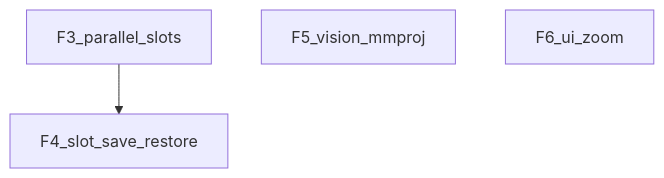
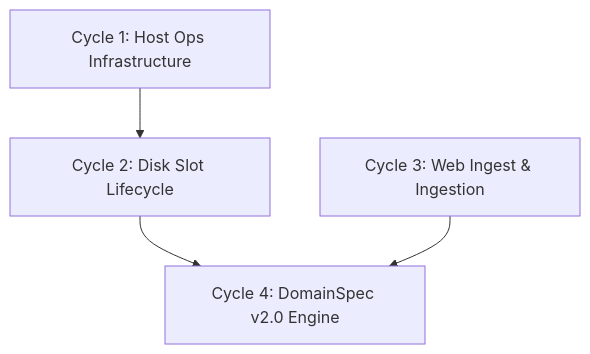
One commit to anarcoiris/Tiny-Steward changed the diagram in plans/fuera-de-alcance.md. Above: the diagram before and after it, drawn with Mermaid. The commit also changed other lines of this file and 39 other files, not shown here.

````diff
--- a/plans/fuera-de-alcance.md
+++ b/plans/fuera-de-alcance.md
@@ -53,10 +33,11 @@
 ```mermaid
 flowchart TD
-  f3[F3_parallel_slots]
-  f4[F4_slot_save_restore]
-  f5[F5_vision_mmproj]
-  f6[F6_ui_zoom]
-  f3 --> f4
-  f5
-  f6
+    cycle1[Cycle 1: Host Ops Infrastructure]
+    cycle2[Cycle 2: Disk Slot Lifecycle]
+    cycle3[Cycle 3: Web Ingest & Ingestion]
+    cycle4[Cycle 4: DomainSpec v2.0 Engine]
+
+    cycle1 --> cycle2
+    cycle2 --> cycle4
+    cycle3 --> cycle4
 ```
````
